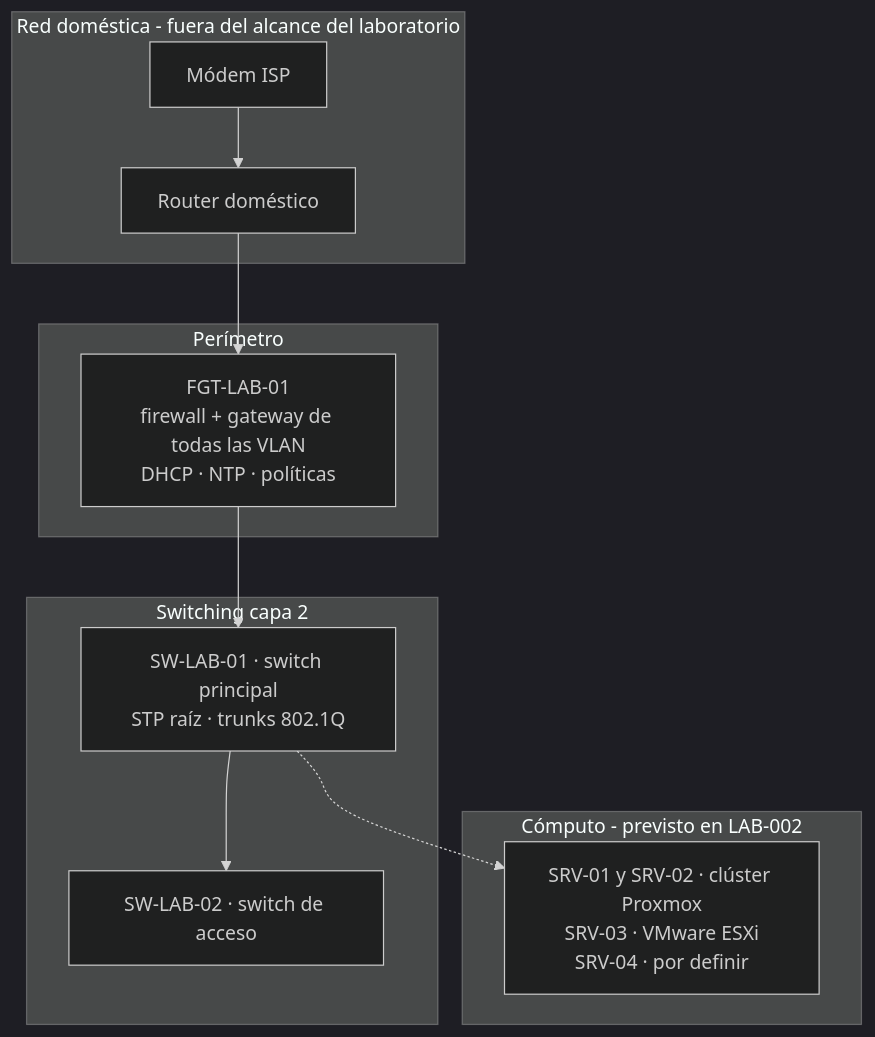
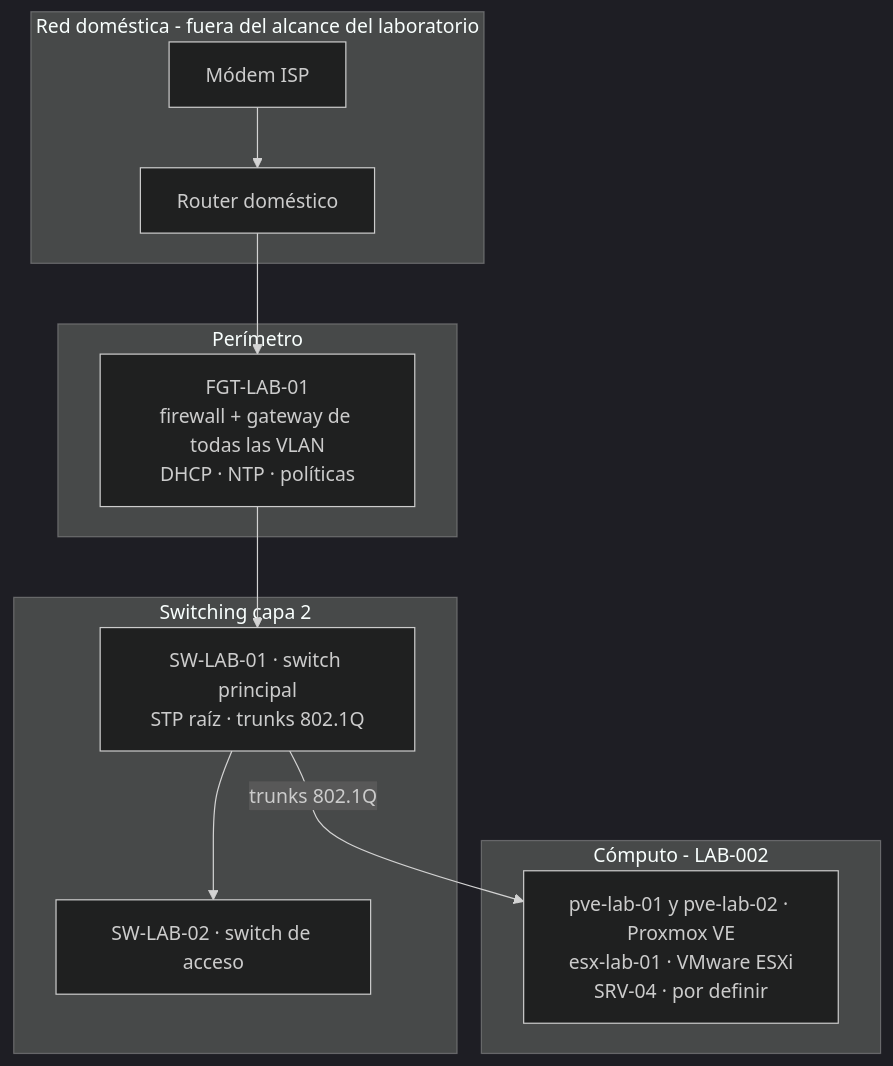
The first of 3 diagrams in docs/architecture.md (Alce1551/EICL-HOMELAB), drawn with Mermaid (dark theme) before and after one commit. The commit also changed other lines of this file and 7 other files, not shown here.

````diff
--- a/docs/architecture.md
+++ b/docs/architecture.md
@@ -11,19 +11,19 @@
 ```mermaid
 flowchart TB
     subgraph Externa[Red doméstica - fuera del alcance del laboratorio]
         ISP[Módem ISP] --> ARC[Router doméstico]
     end
     subgraph Perimetro[Perímetro]
         FGT[FGT-LAB-01<br/>firewall + gateway de todas las VLAN<br/>DHCP · NTP · políticas]
     end
     subgraph Distribucion[Switching capa 2]
         SW1[SW-LAB-01 · switch principal<br/>STP raíz · trunks 802.1Q]
         SW2[SW-LAB-02 · switch de acceso]
     end
-    subgraph Computo[Cómputo - previsto en LAB-002]
-        NOD[SRV-01 y SRV-02 · clúster Proxmox<br/>SRV-03 · VMware ESXi<br/>SRV-04 · por definir]
+    subgraph Computo[Cómputo - LAB-002]
+        NOD[pve-lab-01 y pve-lab-02 · Proxmox VE<br/>esx-lab-01 · VMware ESXi<br/>SRV-04 · por definir]
     end
     ARC --> FGT
     FGT --> SW1 --> SW2
-    SW1 -.-> NOD
+    SW1 -->|trunks 802.1Q| NOD
 ```
````
